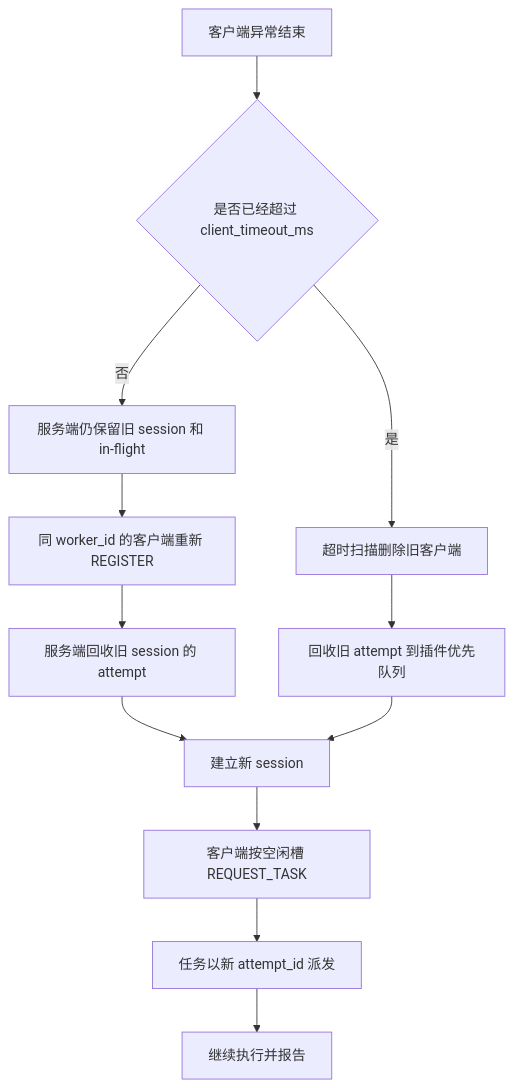
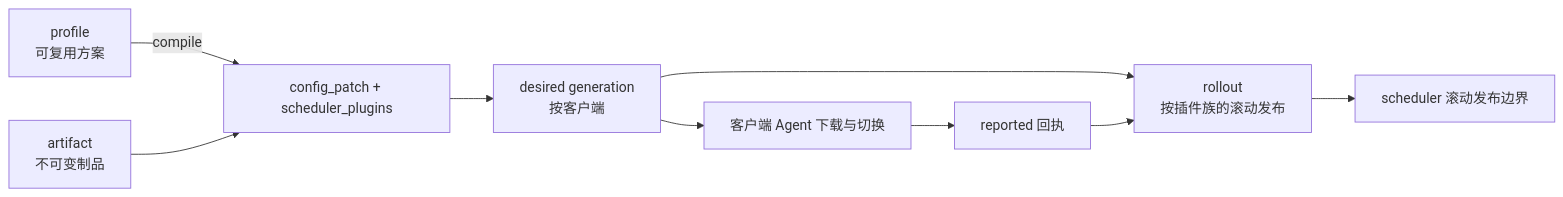
The fourth of 4 diagrams in docs/设计说明.md (cuiyuexin428/TestTracking), drawn with Mermaid before and after one commit. The commit also changed other lines of this file and 7 other files, not shown here.

````diff
--- a/docs/设计说明.md
+++ b/docs/设计说明.md
@@ -252,16 +134,11 @@
 ```mermaid
-flowchart TD
-    A[客户端异常结束] --> B{是否已经超过 client_timeout_ms}
-    B -->|否| C[服务端仍保留旧 session 和 in-flight]
-    C --> D[同 worker_id 的客户端重新 REGISTER]
-    D --> E[服务端回收旧 session 的 attempt]
-    E --> H[建立新 session]
-
-    B -->|是| F[超时扫描删除旧客户端]
-    F --> G[回收旧 attempt 到插件优先队列]
-    G --> H
-
-    H --> I[客户端按空闲槽 REQUEST_TASK]
-    I --> J[任务以新 attempt_id 派发]
-    J --> K[继续执行并报告]
+flowchart LR
+    P[profile<br/>可复用方案] --> |compile| PLAN[config_patch + scheduler_plugins]
+    A[artifact<br/>不可变制品] --> PLAN
+    PLAN --> D[desired generation<br/>按客户端]
+    D --> R[rollout<br/>按插件族的滚动发布]
+    R --> SCH[scheduler 滚动发布边界]
+    D --> AG[客户端 Agent 下载与切换]
+    AG --> REP[reported 回执]
+    REP --> R
 ```
````
